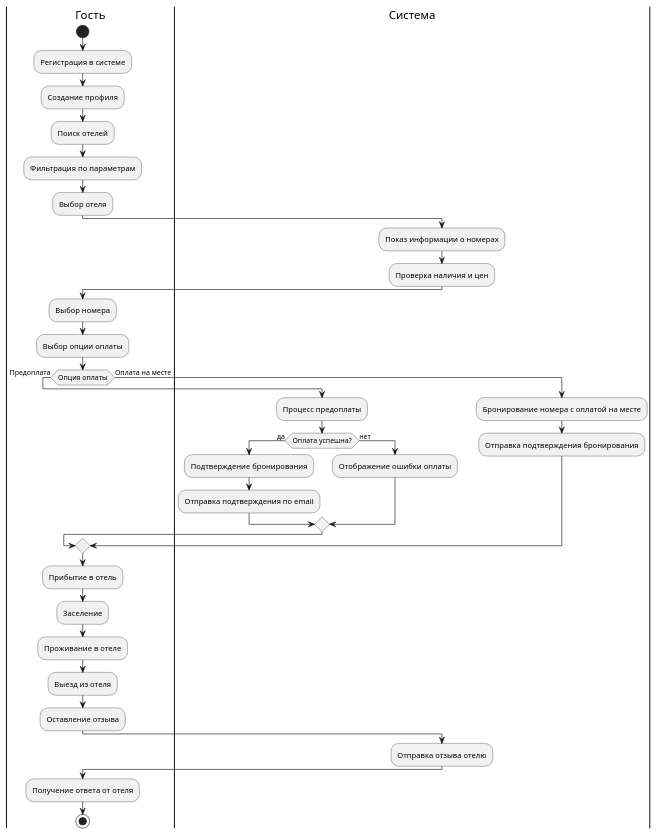
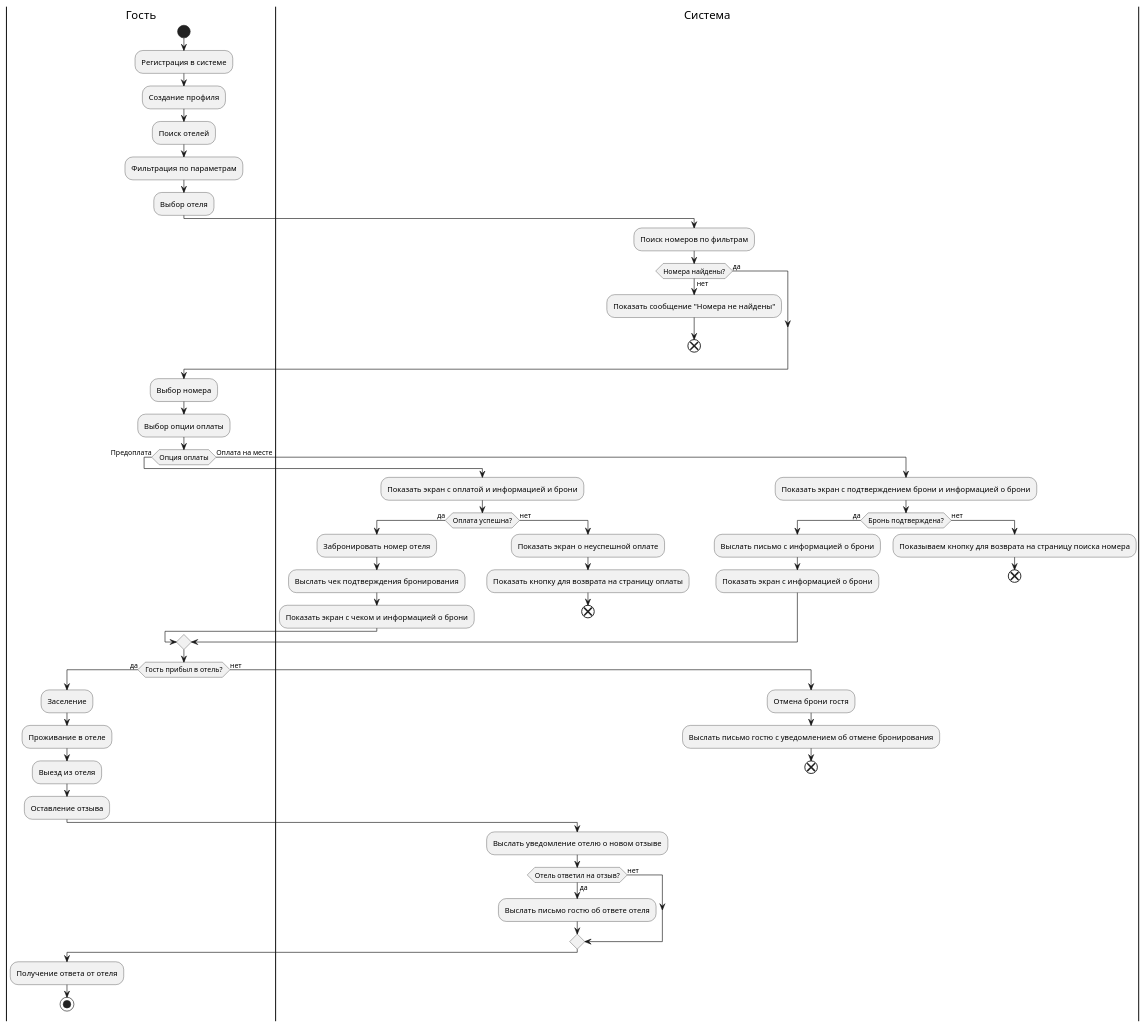
One commit to GornikMaria/SoftwareDevelopmentTechnology changed the diagram in Diagrams/Activity.puml. Above: the diagram before and after it, drawn with PlantUML. The commit also changed 1 other file, not shown here.

Commit message:
uml как цель жизни

```diff
--- a/Diagrams/Activity.puml
+++ b/Diagrams/Activity.puml
@@ -1,50 +1,79 @@
 @startuml
 |Гость|
 start
 
 :Регистрация в системе;
 :Создание профиля;
 
 :Поиск отелей;
 :Фильтрация по параметрам;
 :Выбор отеля;
 
 |Система|
-:Показ информации о номерах;
-:Проверка наличия и цен;
+:Поиск номеров по фильтрам;
+if (Номера найдены?) then (да)
+  else (нет)
+    :Показать сообщение "Номера не найдены";
+    end
+endif
 
 |Гость|
 :Выбор номера;
 :Выбор опции оплаты;
 
-if (Опция оплаты) then (Предоплата)
-  |Система|
-  :Процесс предоплаты;
-  if (Оплата успешна?) then (да)
-    :Подтверждение бронирования;
-    :Отправка подтверждения по email;
-  else (нет)
-    :Отображение ошибки оплаты;
-  endif
-else (Оплата на месте)
-  :Бронирование номера с оплатой на месте;
-  :Отправка подтверждения бронирования;
+if (Опция оплаты) then (Предоплата) 
+    |Система|
+    :Показать экран с оплатой и информацией и брони;
+
+    |Система|
+    if (Оплата успешна?) then (да) 
+        :Забронировать номер отеля;
+        :Выслать чек подтверждения бронирования;
+        :Показать экран с чеком и информацией о брони;
+      else (нет) 
+        :Показать экран о неуспешной оплате;
+        :Показать кнопку для возврата на страницу оплаты;
+        end
+    endif
+  else (Оплата на месте)
+    |Система|
+    :Показать экран с подтверждением брони и информацией о брони;
+
+    if (Бронь подтверждена?) then (да) 
+        :Выслать письмо с информацией о брони;
+        :Показать экран с информацией о брони;
+      else (нет)
+        :Показываем кнопку для возврата на страницу поиска номера;
+        end
+    endif
 endif
 
 |Гость|
-:Прибытие в отель;
-:Заселение;
+if (Гость прибыл в отель?) then (да)
+    :Заселение;
+    :Проживание в отеле;
+    :Выезд из отеля;
 
-:Проживание в отеле;
-:Выезд из отеля;
+    :Оставление отзыва;
 
-:Оставление отзыва;
+    |Система|
+    :Выслать уведомление отелю о новом отзыве;
 
-|Система|
-:Отправка отзыва отелю;
+    if (Отель ответил на отзыв?) then (да)
+        :Выслать письмо гостю об ответе отеля;
+      else (нет)
+    endif
 
-|Гость|
-:Получение ответа от отеля;
+    |Гость|
+    :Получение ответа от отеля;
+    stop
 
-stop
+  else (нет)
+    |Система|
+    :Отмена брони гостя;
+    :Выслать письмо гостю с уведомлением об отмене бронирования;
+    end
+endif
+
+
 @enduml
```
